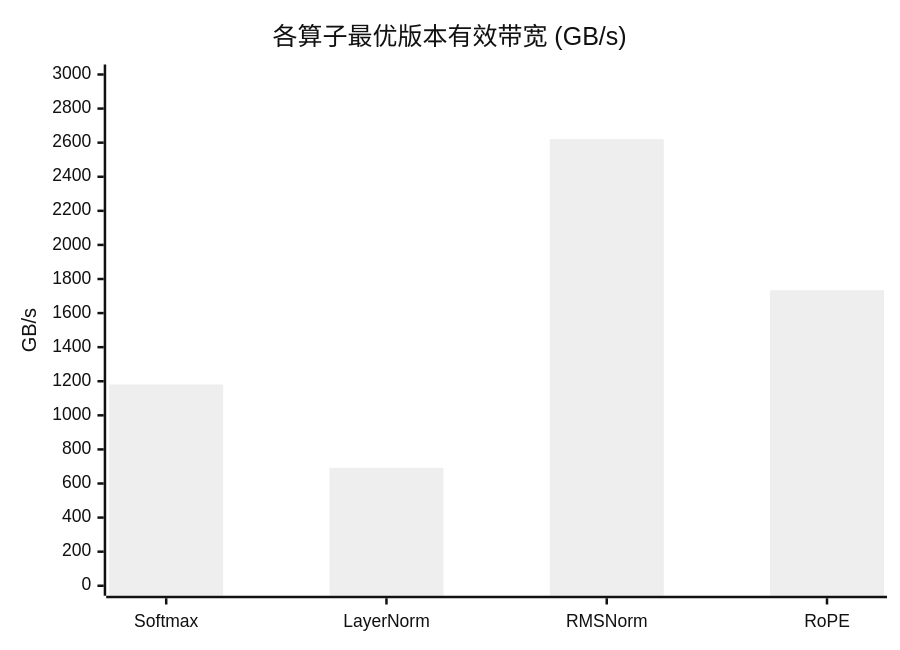
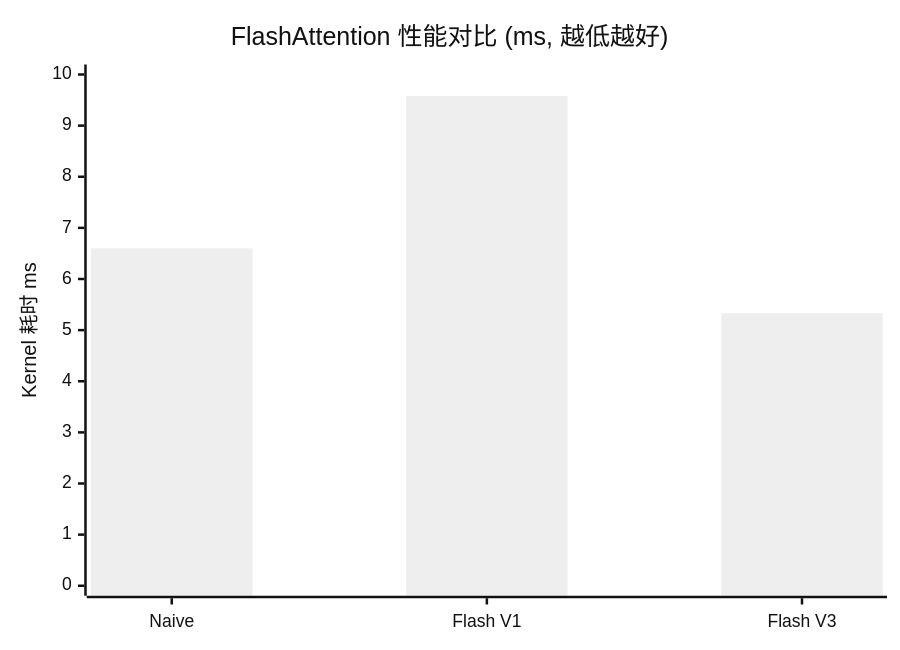
Before and after one commit to psmarter/CUDA-Practice: the diagram in Blogs/05_LLM_Ops_FlashAttention_and_Norms.md, drawn with Mermaid (neutral theme). The commit also changed other lines of this file and 20 other files, not shown here.

````diff
--- a/Blogs/05_LLM_Ops_FlashAttention_and_Norms.md
+++ b/Blogs/05_LLM_Ops_FlashAttention_and_Norms.md
@@ -143,7 +143,7 @@
 ```mermaid
 xychart-beta
-  title "各算子最优版本有效带宽 (GB/s)"
-  x-axis ["Softmax", "LayerNorm", "RMSNorm", "RoPE"]
-  y-axis "GB/s" 0 --> 3000
-  bar [1181, 692, 2621, 1734]
+  title "FlashAttention 性能对比 (ms, 越低越好)"
+  x-axis ["Naive", "Flash V1", "Flash V3"]
+  y-axis "Kernel 耗时 ms" 0 --> 10
+  bar [6.60, 9.58, 5.33]
 ```
````
